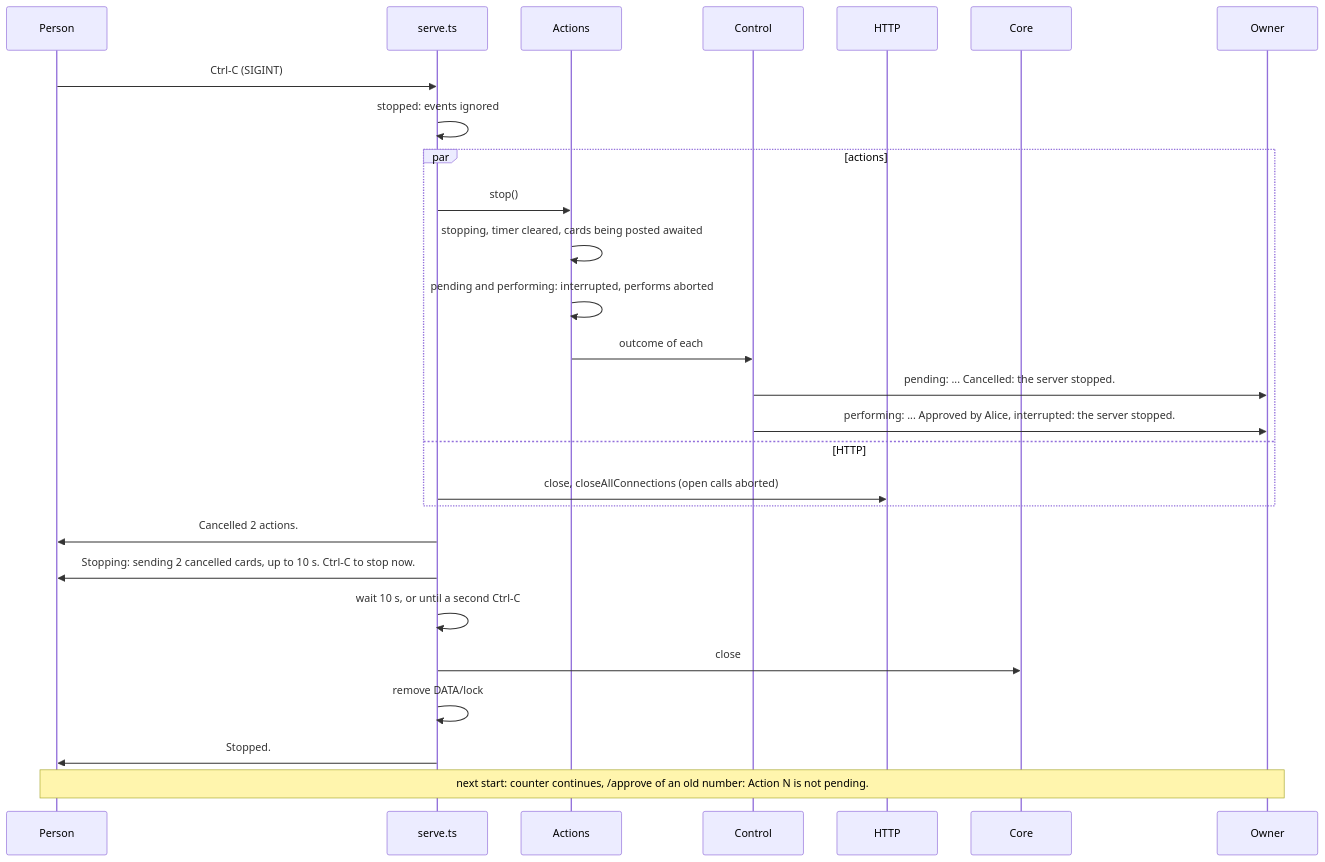
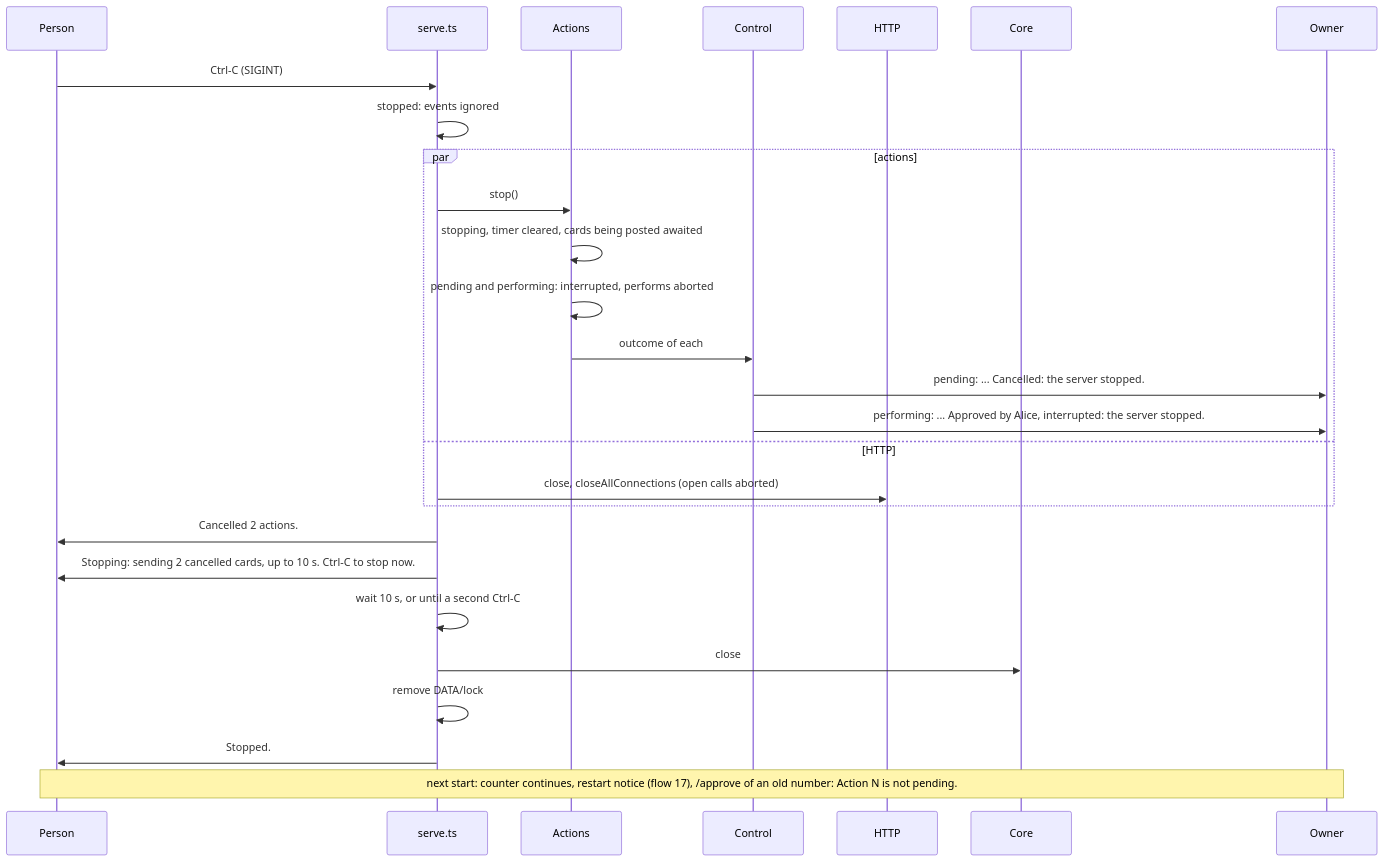
Diagram 11 of 17 in packages/simplex-chat-mcp/spec/flows.md (simplex-chat/simplex-chat), drawn with Mermaid before and after one commit. The commit also changed other lines of this file and 8 other files, not shown here.

Commit message:
docs: restart notice with the version and commit

````diff
--- a/packages/simplex-chat-mcp/spec/flows.md
+++ b/packages/simplex-chat-mcp/spec/flows.md
@@ -478,29 +483,29 @@
 ```mermaid
 sequenceDiagram
   participant P as Person
   participant S as serve.ts
   participant X as Actions
   participant K as Control
   participant H as HTTP
   participant C as Core
   participant O as Owner
   P->>S: Ctrl-C (SIGINT)
   S->>S: stopped: events ignored
   par actions
     S->>X: stop()
     X->>X: stopping, timer cleared, cards being posted awaited
     X->>X: pending and performing: interrupted, performs aborted
     X->>K: outcome of each
     K->>O: pending: ... Cancelled: the server stopped.
     K->>O: performing: ... Approved by Alice, interrupted: the server stopped.
   and HTTP
     S->>H: close, closeAllConnections (open calls aborted)
   end
   S->>P: Cancelled 2 actions.
   S->>P: Stopping: sending 2 cancelled cards, up to 10 s. Ctrl-C to stop now.
   S->>S: wait 10 s, or until a second Ctrl-C
   S->>C: close
   S->>S: remove DATA/lock
   S->>P: Stopped.
-  Note over P,O: next start: counter continues, /approve of an old number: Action N is not pending.
+  Note over P,O: next start: counter continues, restart notice (flow 17), /approve of an old number: Action N is not pending.
 ```
````
